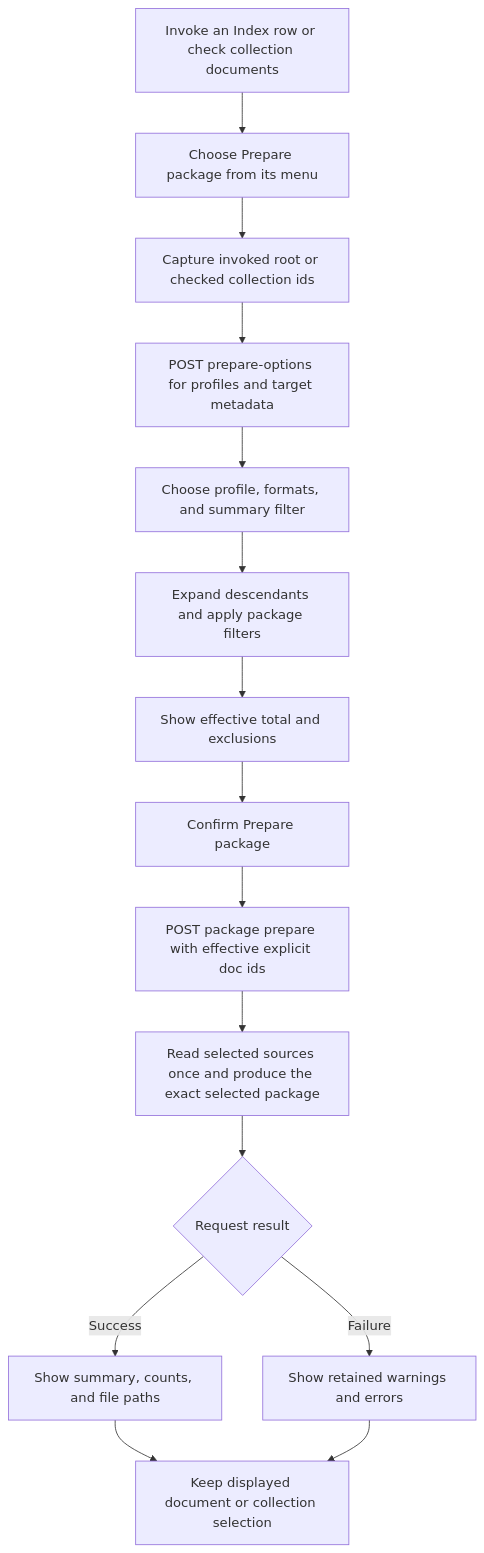
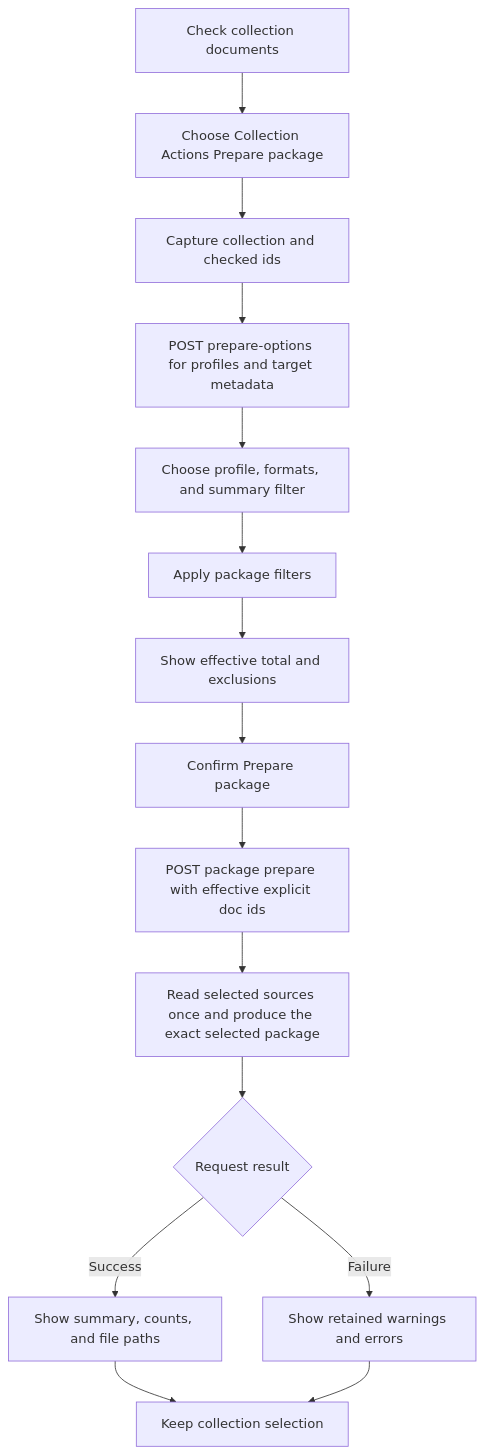
Before and after one commit to dotlineform/dotlineform-site: the diagram in documentation/studio/Package_Prepare.md, drawn with Mermaid. The commit also changed other lines of this file and 47 other files, not shown here.

Commit message:
Collection Actions owns Export, Prepare package, Import doc, and Import docs.

````diff
--- a/documentation/studio/Package_Prepare.md
+++ b/documentation/studio/Package_Prepare.md
@@ -73,19 +71,19 @@
 ```mermaid
 flowchart TD
   accTitle: Prepare package user and service workflow
-  accDescr: An invoked ordinary subtree or exact checked collection enters one compact workflow using the existing document package endpoints.
-  selectDocs[Invoke an Index row or check collection documents] --> openAction[Choose Prepare package from its menu]
-  openAction --> resolveTarget[Capture invoked root or checked collection ids]
+  accDescr: Exact checked collection documents enter one compact workflow using the existing document package endpoints.
+  selectDocs[Check collection documents] --> openAction[Choose Collection Actions Prepare package]
+  openAction --> resolveTarget[Capture collection and checked ids]
   resolveTarget --> readOptions[POST prepare-options for profiles and target metadata]
   readOptions --> options[Choose profile, formats, and summary filter]
-  options --> projectTarget[Expand descendants and apply package filters]
+  options --> projectTarget[Apply package filters]
   projectTarget --> showTotal[Show effective total and exclusions]
   showTotal --> confirm[Confirm Prepare package]
   confirm --> prepare[POST package prepare with effective explicit doc ids]
   prepare --> validate[Read selected sources once and produce the exact selected package]
   validate --> result{Request result}
   result -->|Success| success[Show summary, counts, and file paths]
   result -->|Failure| failure[Show retained warnings and errors]
-  success --> unchanged[Keep displayed document or collection selection]
+  success --> unchanged[Keep collection selection]
   failure --> unchanged
 ```
````
